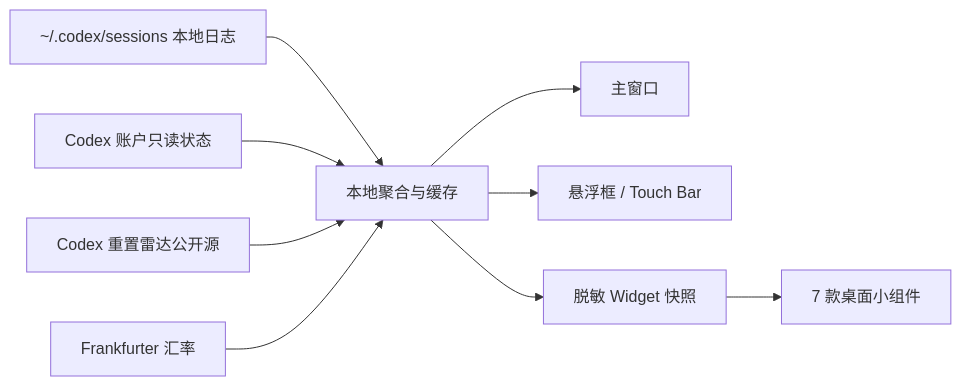
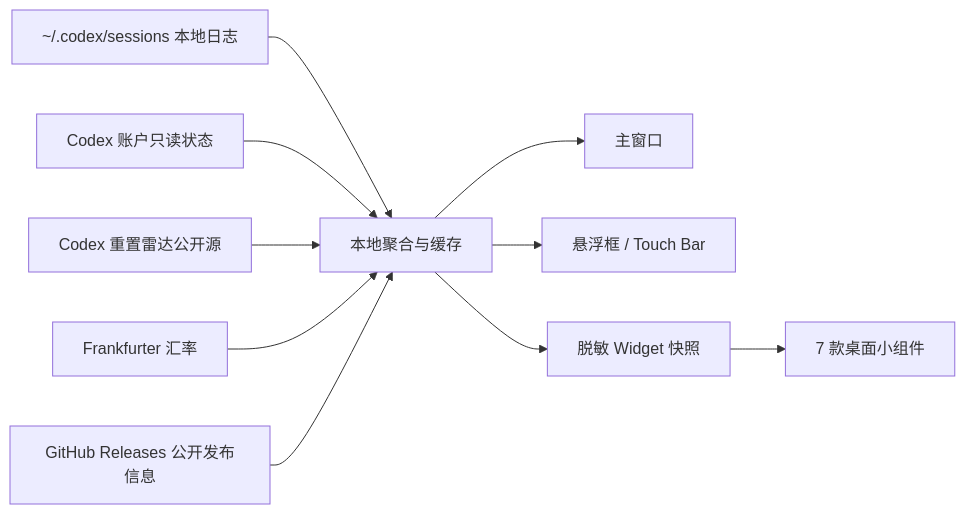
Before and after one commit to huohuo143/codex-pulse: the diagram in README.md, drawn with Mermaid. The commit also changed other lines of this file and 37 other files, not shown here.

````diff
--- a/README.md
+++ b/README.md
@@ -109,11 +123,12 @@
 ```mermaid
 flowchart LR
   A["~/.codex/sessions 本地日志"] --> E["本地聚合与缓存"]
   B["Codex 账户只读状态"] --> E
   C["Codex 重置雷达公开源"] --> E
   D["Frankfurter 汇率"] --> E
+  J["GitHub Releases 公开发布信息"] --> E
   E --> F["主窗口"]
   E --> G["悬浮框 / Touch Bar"]
   E --> H["脱敏 Widget 快照"]
   H --> I["7 款桌面小组件"]
 ```
````
